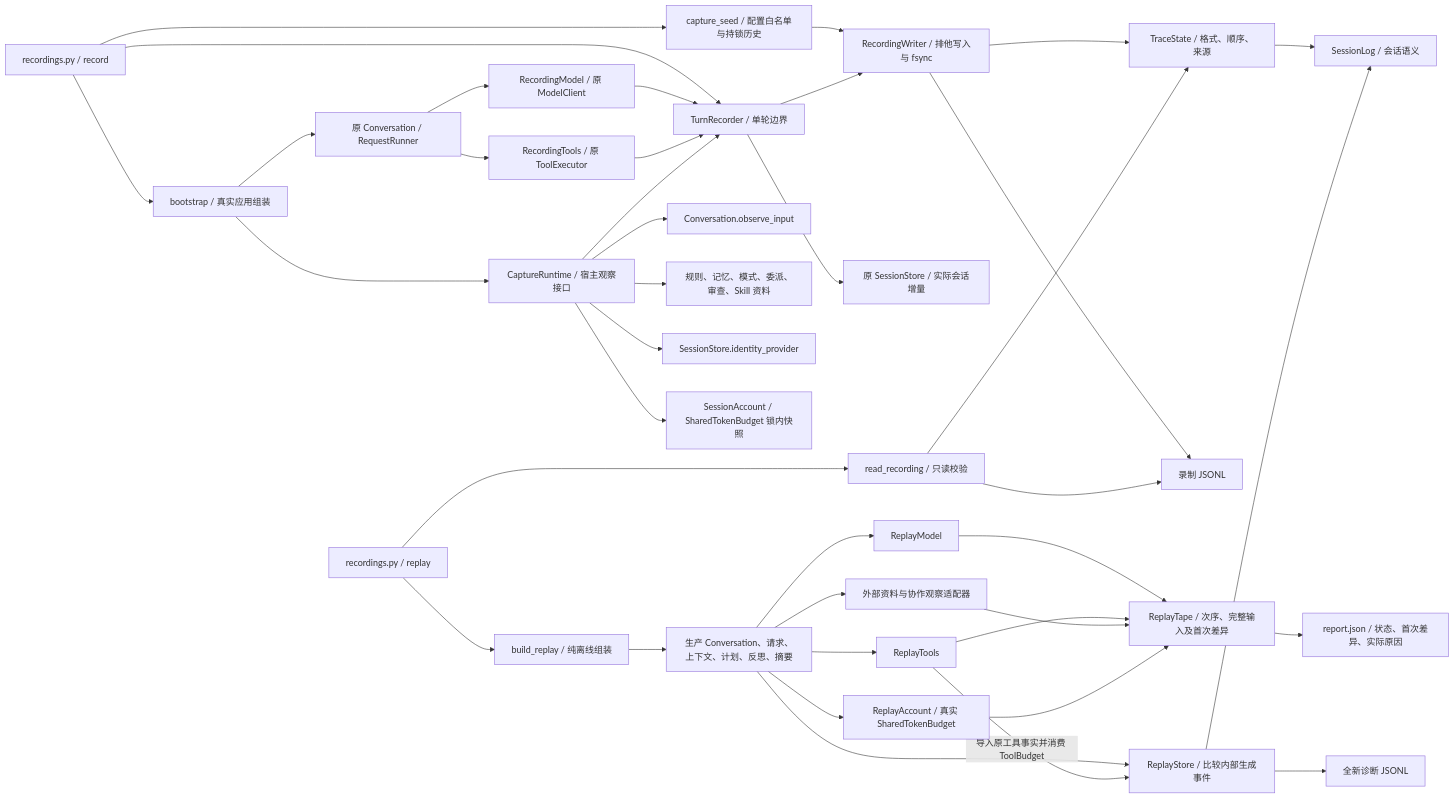
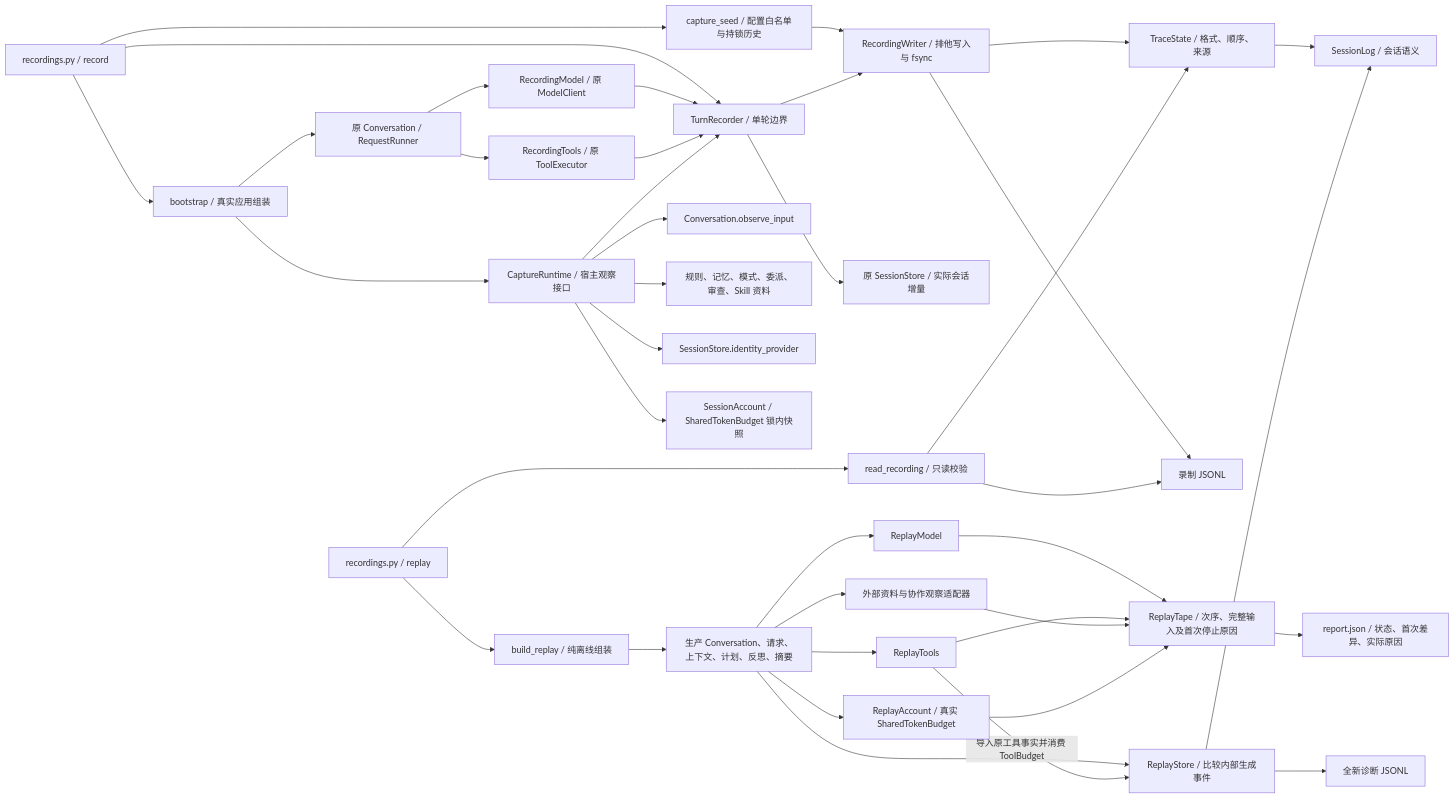
One commit to Plvltra/AdamAgent changed the first of 22 diagrams in docs/architecture.md. Above: the diagram before and after it, drawn with Mermaid. The commit also changed other lines of this file and 11 other files, not shown here.

```diff
--- a/docs/architecture.md
+++ b/docs/architecture.md
@@ -13,42 +13,42 @@
 ~~~mermaid
 flowchart LR
     ENTRY["recordings.py / record"] --> BOOT["bootstrap / 真实应用组装"]
     ENTRY --> SEED["capture_seed / 配置白名单与持锁历史"]
     ENTRY --> RUN["TurnRecorder / 单轮边界"]
     BOOT --> CAP["CaptureRuntime / 宿主观察接口"]
     CAP --> INPUT["Conversation.observe_input"]
     CAP --> ENV["规则、记忆、模式、委派、审查、Skill 资料"]
     CAP --> IDS["SessionStore.identity_provider"]
     CAP --> ACCOUNT["SessionAccount / SharedTokenBudget 锁内快照"]
     BOOT --> REAL["原 Conversation / RequestRunner"]
     REAL --> RM["RecordingModel / 原 ModelClient"]
     REAL --> RT["RecordingTools / 原 ToolExecutor"]
     RM --> RUN
     RT --> RUN
     CAP --> RUN
     SEED --> WRITER["RecordingWriter / 排他写入与 fsync"]
     RUN --> WRITER
     RUN --> STORE["原 SessionStore / 实际会话增量"]
     WRITER --> TRACE["TraceState / 格式、顺序、来源"]
     TRACE --> LOG["SessionLog / 会话语义"]
     WRITER --> FILE["录制 JSONL"]
 
     REPLAY["recordings.py / replay"] --> LOAD["read_recording / 只读校验"]
     LOAD --> FILE
     LOAD --> TRACE
     REPLAY --> RUNTIME["build_replay / 纯离线组装"]
     RUNTIME --> FLOW["生产 Conversation、请求、上下文、计划、反思、摘要"]
     FLOW --> MODEL["ReplayModel"]
     FLOW --> TOOLS["ReplayTools"]
     FLOW --> OBS["外部资料与协作观察适配器"]
     FLOW --> BUDGET["ReplayAccount / 真实 SharedTokenBudget"]
-    MODEL --> TAPE["ReplayTape / 次序、完整输入及首次差异"]
+    MODEL --> TAPE["ReplayTape / 次序、完整输入及首次停止原因"]
     TOOLS --> TAPE
     OBS --> TAPE
     BUDGET --> TAPE
     FLOW --> RS["ReplayStore / 比较内部生成事件"]
     TOOLS -->|"导入原工具事实并消费 ToolBudget"| RS
     RS --> LOG
     RS --> DIAG["全新诊断 JSONL"]
     TAPE --> REPORT["report.json / 状态、首次差异、实际原因"]
 ~~~
```
